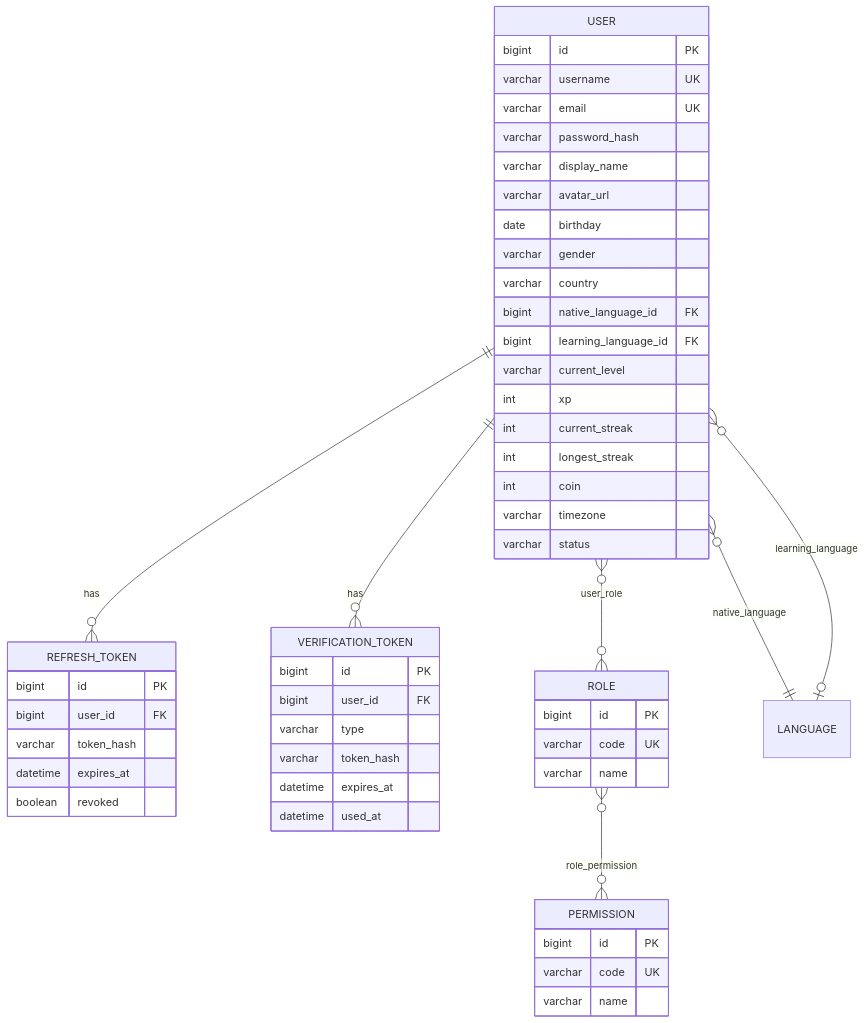
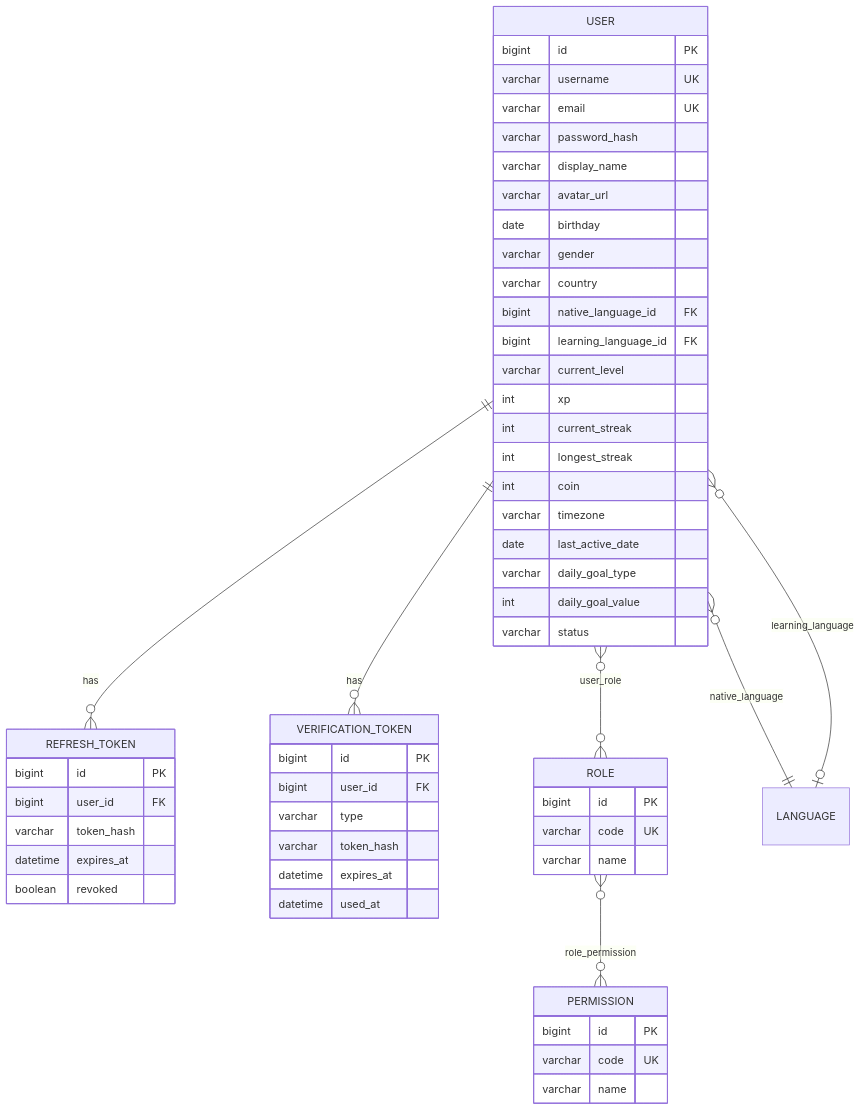
Before and after one commit to trantiendat12345/language-learning-docs: the first of 6 diagrams in docs/PROJECT_OVERVIEW.md, drawn with Mermaid. The commit also changed other lines of this file and 4 other files, not shown here.

````diff
--- a/docs/PROJECT_OVERVIEW.md
+++ b/docs/PROJECT_OVERVIEW.md
@@ -86,55 +86,58 @@
 ```mermaid
 erDiagram
     USER ||--o{ REFRESH_TOKEN : has
     USER ||--o{ VERIFICATION_TOKEN : has
     USER }o--o{ ROLE : "user_role"
     ROLE }o--o{ PERMISSION : "role_permission"
     USER }o--|| LANGUAGE : "native_language"
     USER }o--o| LANGUAGE : "learning_language"
 
     USER {
         bigint id PK
         varchar username UK
         varchar email UK
         varchar password_hash
         varchar display_name
         varchar avatar_url
         date birthday
         varchar gender
         varchar country
         bigint native_language_id FK
         bigint learning_language_id FK
         varchar current_level
         int xp
         int current_streak
         int longest_streak
         int coin
         varchar timezone
+        date last_active_date
+        varchar daily_goal_type
+        int daily_goal_value
         varchar status
     }
     ROLE {
         bigint id PK
         varchar code UK
         varchar name
     }
     PERMISSION {
         bigint id PK
         varchar code UK
         varchar name
     }
     REFRESH_TOKEN {
         bigint id PK
         bigint user_id FK
         varchar token_hash
         datetime expires_at
         boolean revoked
     }
     VERIFICATION_TOKEN {
         bigint id PK
         bigint user_id FK
         varchar type
         varchar token_hash
         datetime expires_at
         datetime used_at
     }
 ```
````
